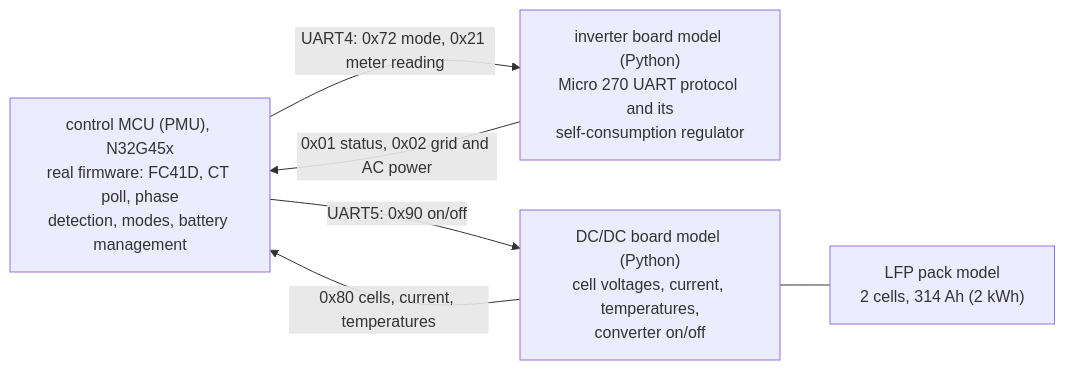
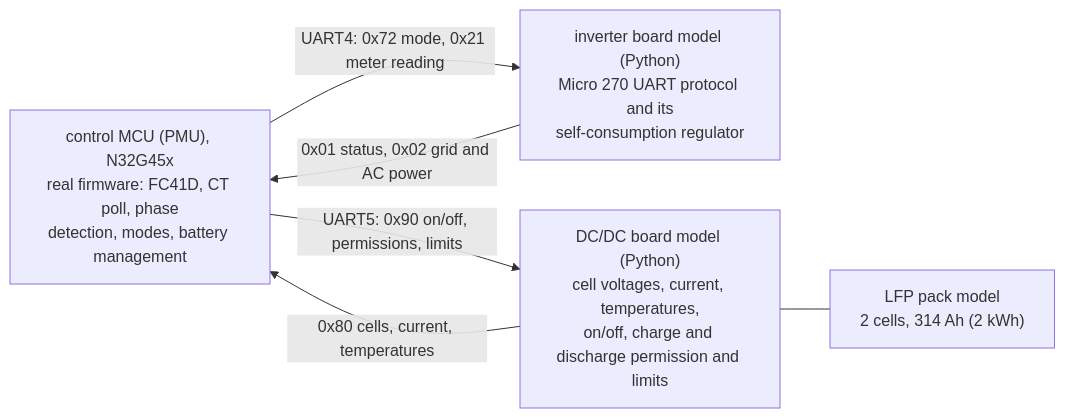
The second of 2 diagrams in docs/devices.md (tomquist/marsemu), drawn with Mermaid before and after one commit. The commit also changed other lines of this file and 4 other files, not shown here.

````diff
--- a/docs/devices.md
+++ b/docs/devices.md
@@ -131,12 +131,12 @@
 ```mermaid
 flowchart LR
     ctl["control MCU (PMU), N32G45x<br/>real firmware: FC41D, CT poll, phase<br/>detection, modes, battery management"]
     inv["inverter board model (Python)<br/>Micro 270 UART protocol and its<br/>self-consumption regulator"]
-    dcdc["DC/DC board model (Python)<br/>cell voltages, current, temperatures,<br/>converter on/off"]
+    dcdc["DC/DC board model (Python)<br/>cell voltages, current, temperatures,<br/>on/off, charge and discharge permission and limits"]
     pack["LFP pack model<br/>2 cells, 314 Ah (2 kWh)"]
     ctl -->|UART4: 0x72 mode, 0x21 meter reading| inv
     inv -->|0x01 status, 0x02 grid and AC power| ctl
-    ctl -->|UART5: 0x90 on/off| dcdc
+    ctl -->|UART5: 0x90 on/off, permissions, limits| dcdc
     dcdc -->|0x80 cells, current, temperatures| ctl
     dcdc --- pack
 ```
````
